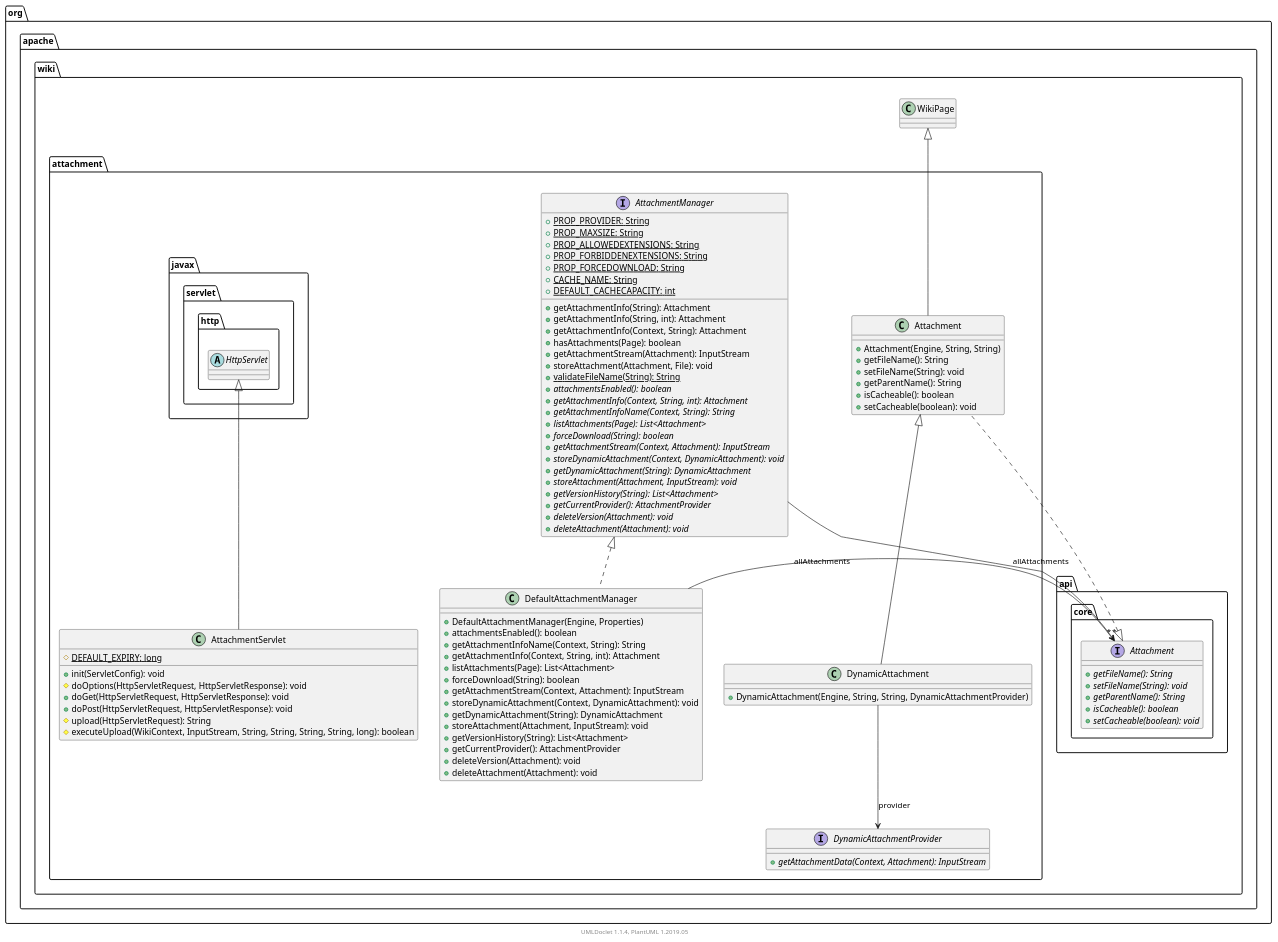
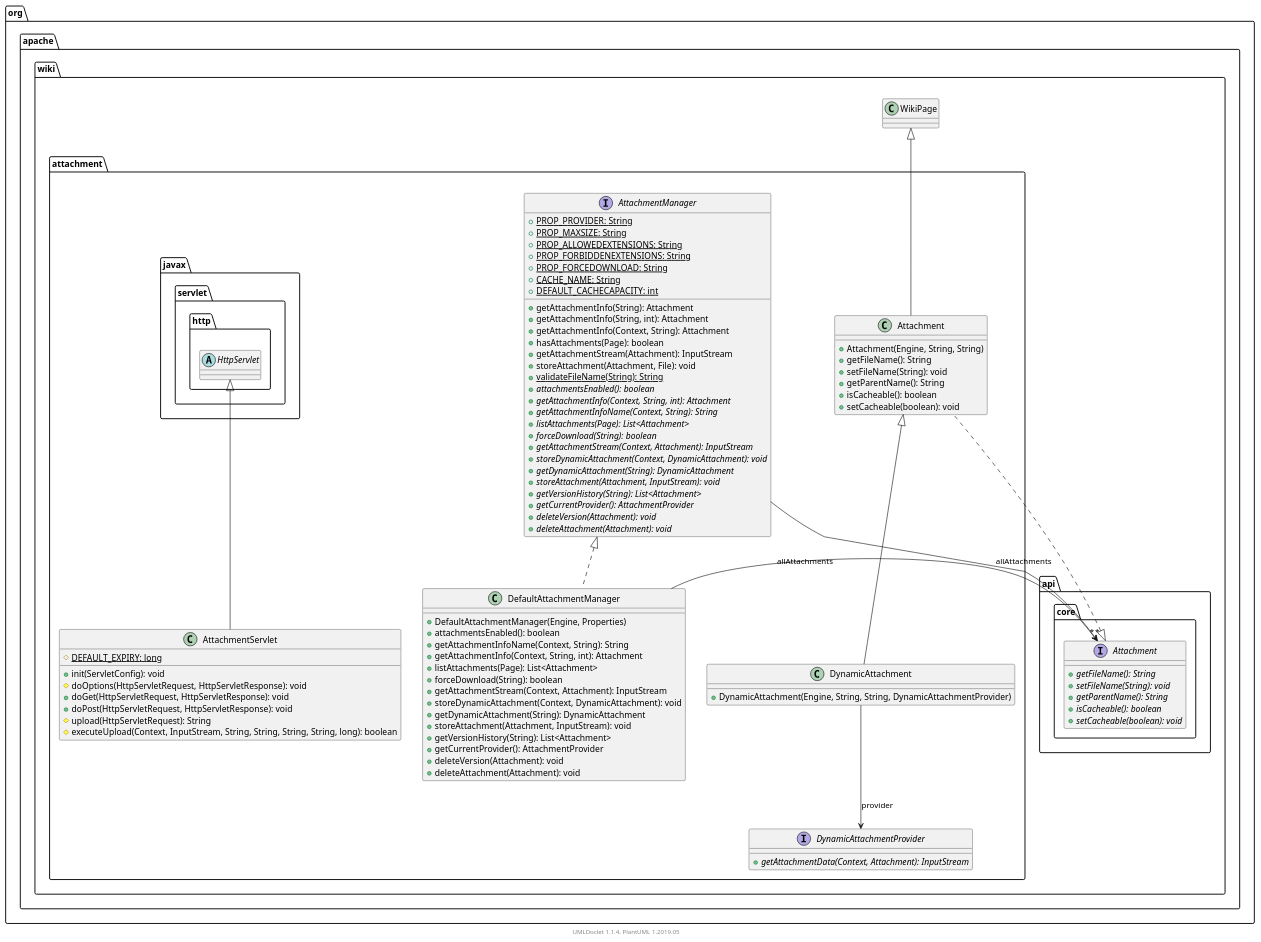
Before and after one commit to apache/jspwiki-site: the diagram in apidocs/2.11.0.M7-SNAPSHOT/org/apache/wiki/attachment/package.puml, drawn with PlantUML. The commit also changed 1432 other files, not shown here.

```diff
--- a/apidocs/2.11.0.M7-SNAPSHOT/org/apache/wiki/attachment/package.puml
+++ b/apidocs/2.11.0.M7-SNAPSHOT/org/apache/wiki/attachment/package.puml
@@ -1,108 +1,108 @@
 @startuml
 
     namespace org.apache.wiki.attachment {
 
         class AttachmentServlet [[AttachmentServlet.html]] {
             {static} #DEFAULT_EXPIRY: long
             +init(ServletConfig): void
             #doOptions(HttpServletRequest, HttpServletResponse): void
             +doGet(HttpServletRequest, HttpServletResponse): void
             +doPost(HttpServletRequest, HttpServletResponse): void
             #upload(HttpServletRequest): String
-            #executeUpload(WikiContext, InputStream, String, String, String, String, long): boolean
+            #executeUpload(Context, InputStream, String, String, String, String, long): boolean
         }
 
         class DynamicAttachment [[DynamicAttachment.html]] {
             +DynamicAttachment(Engine, String, String, DynamicAttachmentProvider)
         }
 
         class Attachment [[Attachment.html]] {
             +Attachment(Engine, String, String)
             +getFileName(): String
             +setFileName(String): void
             +getParentName(): String
             +isCacheable(): boolean
             +setCacheable(boolean): void
         }
 
         interface DynamicAttachmentProvider [[DynamicAttachmentProvider.html]] {
             {abstract} +getAttachmentData(Context, Attachment): InputStream
         }
 
         class DefaultAttachmentManager [[DefaultAttachmentManager.html]] {
             +DefaultAttachmentManager(Engine, Properties)
             +attachmentsEnabled(): boolean
             +getAttachmentInfoName(Context, String): String
             +getAttachmentInfo(Context, String, int): Attachment
             +listAttachments(Page): List<Attachment>
             +forceDownload(String): boolean
             +getAttachmentStream(Context, Attachment): InputStream
             +storeDynamicAttachment(Context, DynamicAttachment): void
             +getDynamicAttachment(String): DynamicAttachment
             +storeAttachment(Attachment, InputStream): void
             +getVersionHistory(String): List<Attachment>
             +getCurrentProvider(): AttachmentProvider
             +deleteVersion(Attachment): void
             +deleteAttachment(Attachment): void
         }
 
         interface AttachmentManager [[AttachmentManager.html]] {
             {static} +PROP_PROVIDER: String
             {static} +PROP_MAXSIZE: String
             {static} +PROP_ALLOWEDEXTENSIONS: String
             {static} +PROP_FORBIDDENEXTENSIONS: String
             {static} +PROP_FORCEDOWNLOAD: String
             {static} +CACHE_NAME: String
             {static} +DEFAULT_CACHECAPACITY: int
             +getAttachmentInfo(String): Attachment
             +getAttachmentInfo(String, int): Attachment
             +getAttachmentInfo(Context, String): Attachment
             +hasAttachments(Page): boolean
             +getAttachmentStream(Attachment): InputStream
             +storeAttachment(Attachment, File): void
             {static} +validateFileName(String): String
             {abstract} +attachmentsEnabled(): boolean
             {abstract} +getAttachmentInfo(Context, String, int): Attachment
             {abstract} +getAttachmentInfoName(Context, String): String
             {abstract} +listAttachments(Page): List<Attachment>
             {abstract} +forceDownload(String): boolean
             {abstract} +getAttachmentStream(Context, Attachment): InputStream
             {abstract} +storeDynamicAttachment(Context, DynamicAttachment): void
             {abstract} +getDynamicAttachment(String): DynamicAttachment
             {abstract} +storeAttachment(Attachment, InputStream): void
             {abstract} +getVersionHistory(String): List<Attachment>
             {abstract} +getCurrentProvider(): AttachmentProvider
             {abstract} +deleteVersion(Attachment): void
             {abstract} +deleteAttachment(Attachment): void
         }
 
         abstract class javax.servlet.http.HttpServlet
         javax.servlet.http.HttpServlet <|-- AttachmentServlet
 
         Attachment <|-- DynamicAttachment
 
         class org.apache.wiki.WikiPage
         org.apache.wiki.WikiPage <|-- Attachment
 
         interface org.apache.wiki.api.core.Attachment {
             {abstract} +getFileName(): String
             {abstract} +setFileName(String): void
             {abstract} +getParentName(): String
             {abstract} +isCacheable(): boolean
             {abstract} +setCacheable(boolean): void
         }
         org.apache.wiki.api.core.Attachment <|.. Attachment
 
         AttachmentManager <|.. DefaultAttachmentManager
 
         DynamicAttachment --> DynamicAttachmentProvider: provider
 
         DefaultAttachmentManager --> "*" org.apache.wiki.api.core.Attachment: allAttachments
 
         AttachmentManager --> "*" org.apache.wiki.api.core.Attachment: allAttachments
 
     }
 
 
     center footer UMLDoclet 1.1.4, PlantUML 1.2019.05
 @enduml
```
